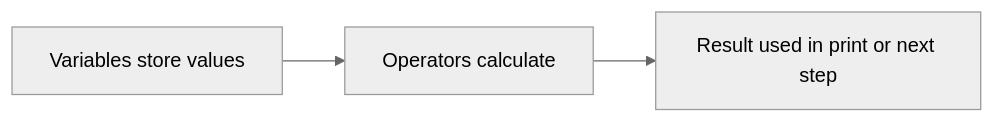
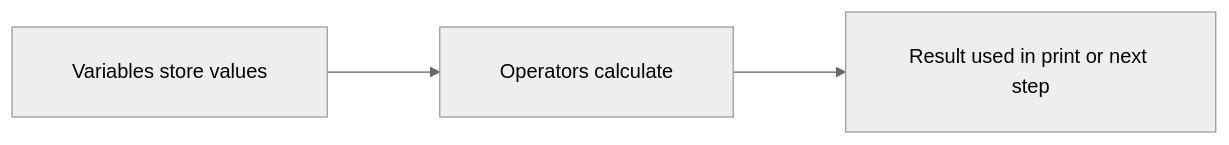
Before and after one commit to ABVenu/salcurriculum: the first of 7 diagrams in SAL-2026/Python Basics - English/S02/NotesPresentation.md, drawn with Mermaid (neutral theme). The commit also changed other lines of this file and 820 other files, not shown here.

````diff
--- a/SAL-2026/Python Basics - English/S02/NotesPresentation.md
+++ b/SAL-2026/Python Basics - English/S02/NotesPresentation.md
@@ -22,5 +175,6 @@
 ```mermaid
+%%{init: {"flowchart": {"htmlLabels": false, "curve": "basis", "padding": 24, "nodeSpacing": 80, "rankSpacing": 90, "diagramPadding": 48}}}%%
 flowchart LR
-    V[Variables store values] --> O[Operators calculate]
-    O --> R[Result used in print or next step]
+    V["  Variables store values  "] --> O["  Operators calculate  "]
+    O --> R["  Result used in print or next step  "]
 ```
````
